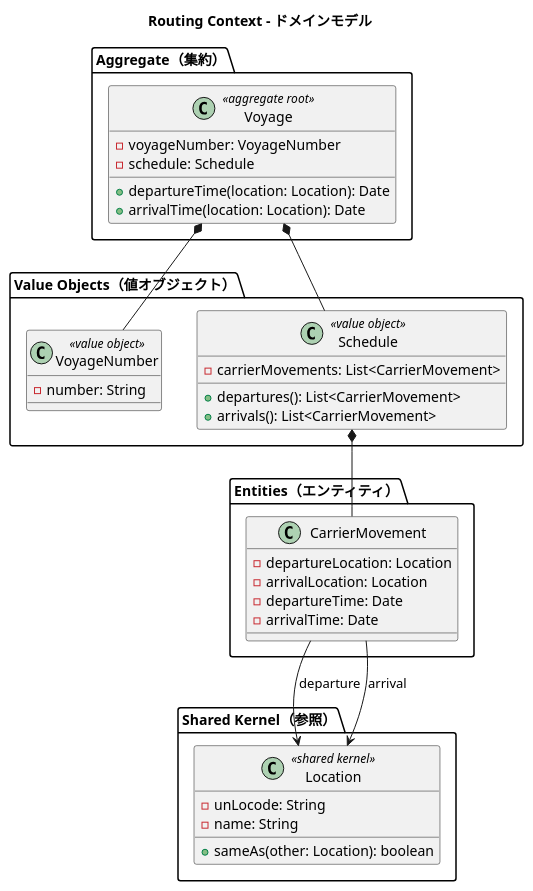
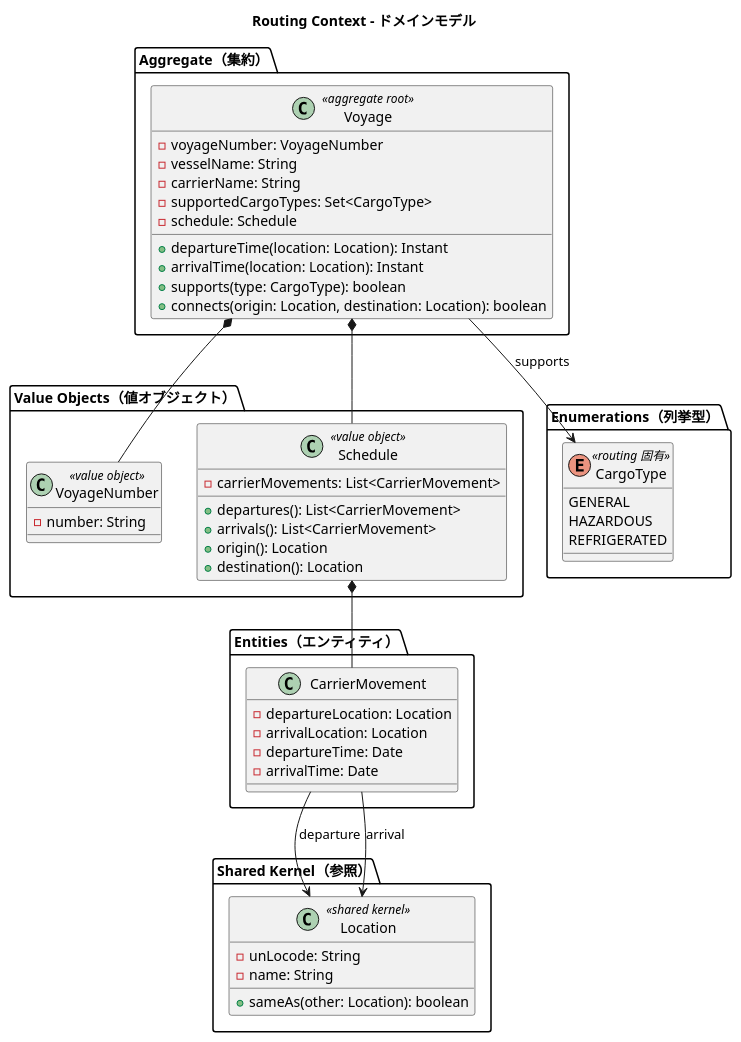
Before and after one commit to k2works/case-study-cargo-tracker: the fifth of 10 diagrams in docs/design/domain-model.md, drawn with PlantUML. The commit also changed other lines of this file and 8 other files, not shown here.

````diff
--- a/docs/design/domain-model.md
+++ b/docs/design/domain-model.md
@@ -678,49 +678,65 @@
 ```plantuml
 @startuml
 title Routing Context - ドメインモデル
 
 package "Aggregate（集約）" {
   class Voyage <<aggregate root>> {
     -voyageNumber: VoyageNumber
+    -vesselName: String
+    -carrierName: String
+    -supportedCargoTypes: Set<CargoType>
     -schedule: Schedule
-    +departureTime(location: Location): Date
-    +arrivalTime(location: Location): Date
+    +departureTime(location: Location): Instant
+    +arrivalTime(location: Location): Instant
+    +supports(type: CargoType): boolean
+    +connects(origin: Location, destination: Location): boolean
   }
 }
 
 package "Value Objects（値オブジェクト）" {
   class VoyageNumber <<value object>> {
     -number: String
   }
   class Schedule <<value object>> {
     -carrierMovements: List<CarrierMovement>
     +departures(): List<CarrierMovement>
     +arrivals(): List<CarrierMovement>
+    +origin(): Location
+    +destination(): Location
+  }
+}
+
+package "Enumerations（列挙型）" {
+  enum CargoType <<routing 固有>> {
+    GENERAL
+    HAZARDOUS
+    REFRIGERATED
   }
 }
 
 package "Entities（エンティティ）" {
   class CarrierMovement {
     -departureLocation: Location
     -arrivalLocation: Location
     -departureTime: Date
     -arrivalTime: Date
   }
 }
 
 package "Shared Kernel（参照）" {
   class Location <<shared kernel>> {
     -unLocode: String
     -name: String
     +sameAs(other: Location): boolean
   }
 }
 
 Voyage *-- VoyageNumber
 Voyage *-- Schedule
 Schedule *-- CarrierMovement
 CarrierMovement --> Location : departure
 CarrierMovement --> Location : arrival
+Voyage --> CargoType : supports
 
 @enduml
 ```
````
